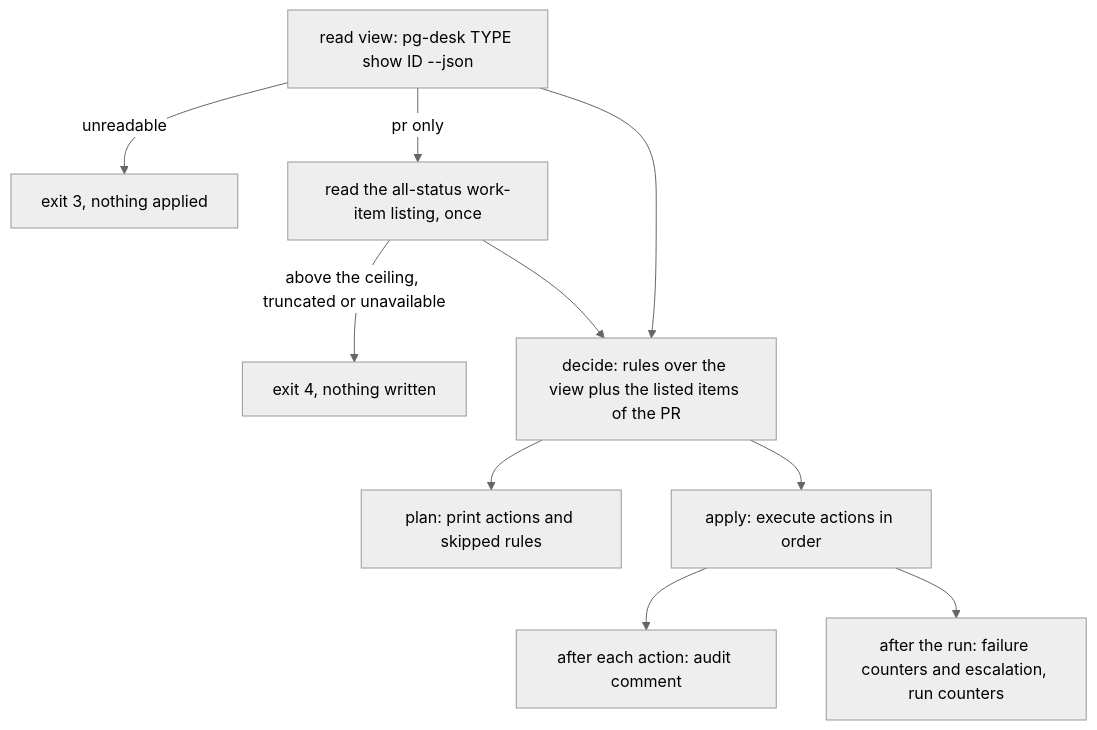
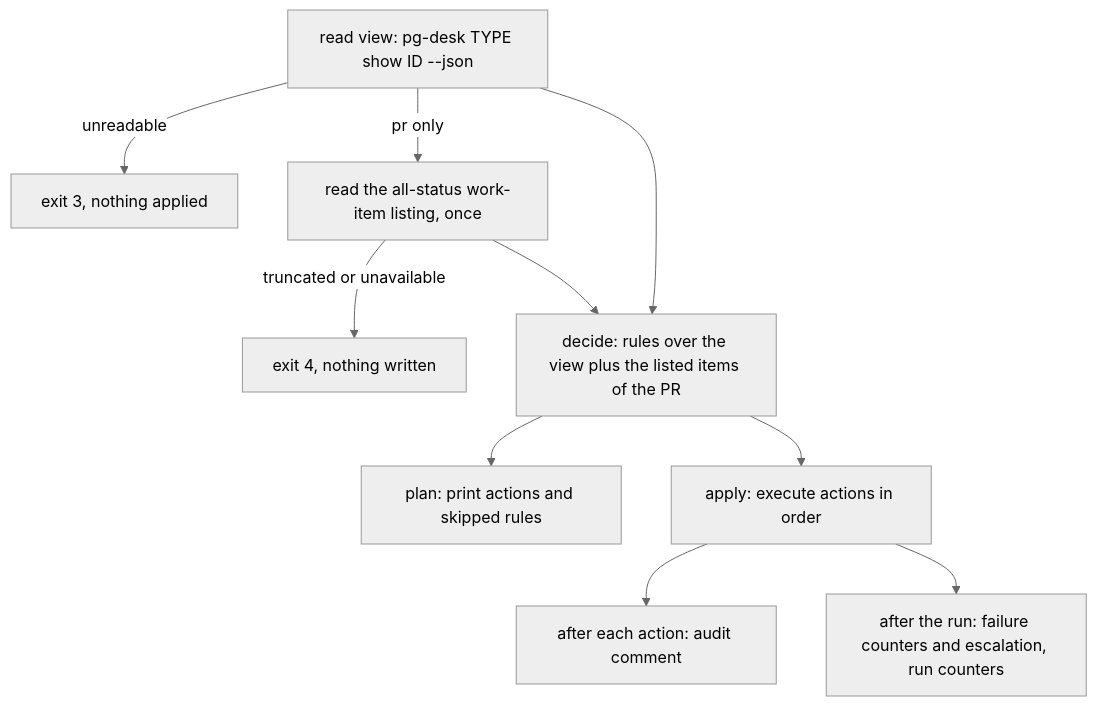
The diagram in docs/behavior/pg-decider/plan-and-apply.md (phillipgreenii/nix-agent-support), drawn with Mermaid (neutral theme) before and after one commit. The commit also changed other lines of this file and 47 other files, not shown here.

````diff
--- a/docs/behavior/pg-decider/plan-and-apply.md
+++ b/docs/behavior/pg-decider/plan-and-apply.md
@@ -16,12 +16,12 @@
 ```mermaid
 flowchart TD
     V["read view: pg-desk TYPE show ID --json"] -->|"unreadable"| X3["exit 3, nothing applied"]
     V -->|"pr only"| L["read the all-status work-item listing, once"]
-    L -->|"above the ceiling, truncated or unavailable"| X4["exit 4, nothing written"]
+    L -->|"truncated or unavailable"| X4["exit 4, nothing written"]
     L --> D
     V --> D["decide: rules over the view plus the listed items of the PR"]
     D --> PL["plan: print actions and skipped rules"]
     D --> AP["apply: execute actions in order"]
     AP --> H["after each action: audit comment"]
     AP --> F["after the run: failure counters and escalation, run counters"]
 ```
````
